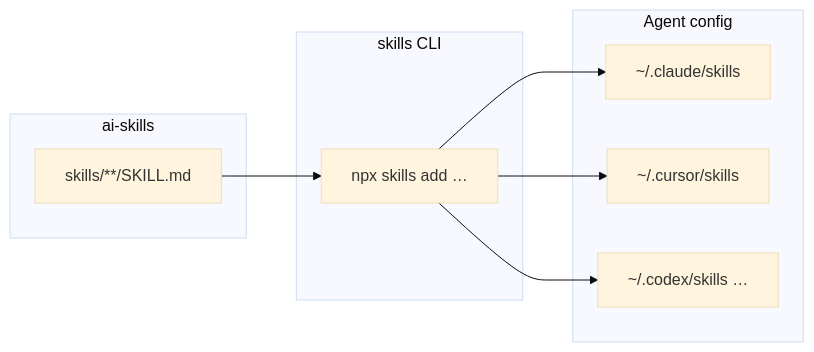
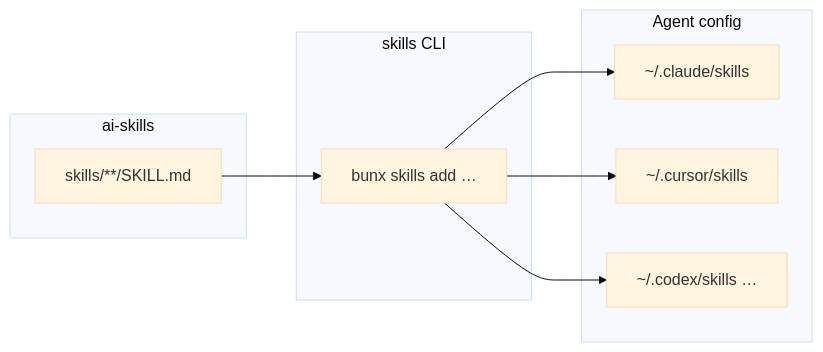
One commit to lgtm-hq/ai-skills changed the diagram in README.md. Above: the diagram before and after it, drawn with Mermaid (base theme). The commit also changed other lines of this file and 2 other files, not shown here.

First line of the commit message:
docs(readme): prefer bunx for skills CLI install

````diff
--- a/README.md
+++ b/README.md
@@ -64,18 +73,18 @@
 ```mermaid
 flowchart LR
   subgraph repo [ai-skills]
     SK["skills/**/SKILL.md"]
   end
   subgraph cli [skills CLI]
-    add["npx skills add …"]
+    add["bunx skills add …"]
   end
   subgraph dirs [Agent config]
     c["~/.claude/skills"]
     u["~/.cursor/skills"]
     x["~/.codex/skills …"]
   end
   SK --> add
   add --> c
   add --> u
   add --> x
 ```
````
